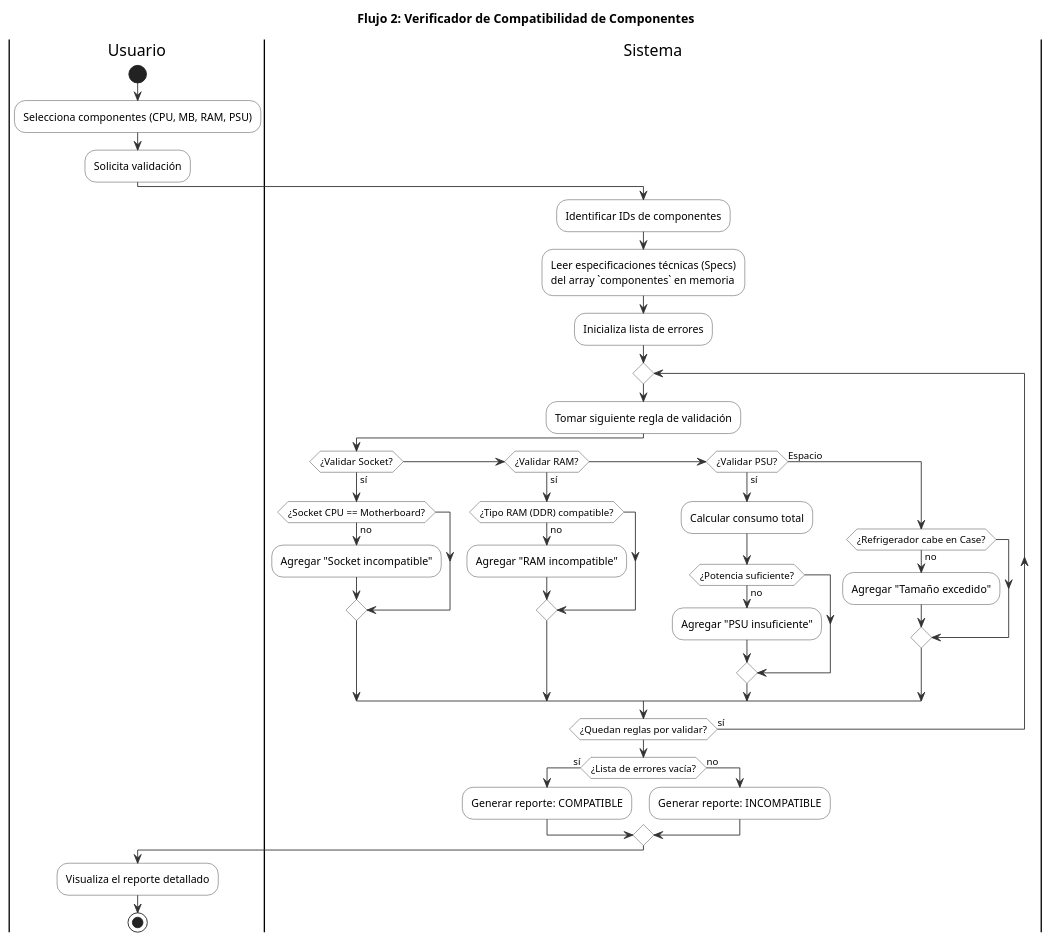
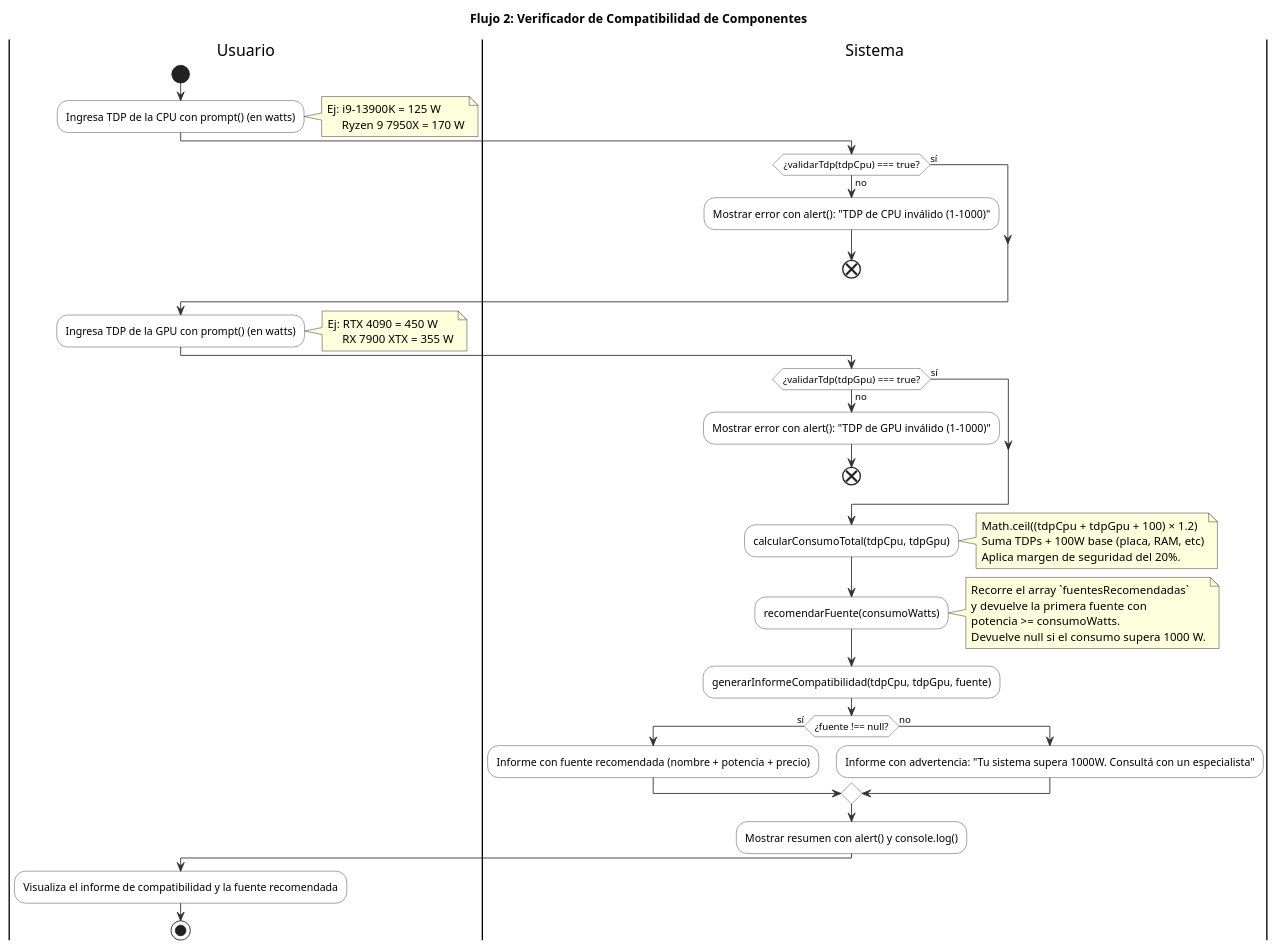
One commit to GonzaloBarbano/E-commerce changed the diagram in docs/05-diagramas/01-diagrama-de-actividades/actividad-flujo-2-compatibilidad.puml. Above: the diagram before and after it, drawn with PlantUML. The commit also changed 2 other files, not shown here.

Commit message:
fix(coord-devops): RC23 - simplificar diagrama de compatibilidad

```diff
--- a/docs/05-diagramas/01-diagrama-de-actividades/actividad-flujo-2-compatibilidad.puml
+++ b/docs/05-diagramas/01-diagrama-de-actividades/actividad-flujo-2-compatibilidad.puml
@@ -1,49 +1,64 @@
 @startuml flujo-2-compatibilidad
 title Flujo 2: Verificador de Compatibilidad de Componentes
 skinparam ActivityBackgroundColor #FFFFFF
 skinparam ActivityBorderColor #333333
 skinparam ArrowColor #333333
 
 |Usuario|
 start
-:Selecciona componentes (CPU, MB, RAM, PSU);
-:Solicita validación;
+:Ingresa TDP de la CPU con prompt() (en watts);
+note right
+  Ej: i9-13900K = 125 W
+       Ryzen 9 7950X = 170 W
+end note
 
 |Sistema|
-:Identificar IDs de componentes;
-:Leer especificaciones técnicas (Specs)
-del array `componentes` en memoria;
-
-:Inicializa lista de errores;
-repeat
-  :Tomar siguiente regla de validación;
-  if (¿Validar Socket?) then (sí)
-    if (¿Socket CPU == Motherboard?) then (no)
-      :Agregar "Socket incompatible";
-    endif
-  elseif (¿Validar RAM?) then (sí)
-    if (¿Tipo RAM (DDR) compatible?) then (no)
-      :Agregar "RAM incompatible";
-    endif
-  elseif (¿Validar PSU?) then (sí)
-    :Calcular consumo total;
-    if (¿Potencia suficiente?) then (no)
-      :Agregar "PSU insuficiente";
-    endif
-  else (Espacio)
-    if (¿Refrigerador cabe en Case?) then (no)
-      :Agregar "Tamaño excedido";
-    endif
-  endif
-repeat while (¿Quedan reglas por validar?) is (sí)
-
-if (¿Lista de errores vacía?) then (sí)
-  :Generar reporte: COMPATIBLE;
+if (¿validarTdp(tdpCpu) === true?) then (sí)
 else (no)
-  :Generar reporte: INCOMPATIBLE;
+  :Mostrar error con alert(): "TDP de CPU inválido (1-1000)";
+  end
 endif
 
 |Usuario|
-:Visualiza el reporte detallado;
+:Ingresa TDP de la GPU con prompt() (en watts);
+note right
+  Ej: RTX 4090 = 450 W
+       RX 7900 XTX = 355 W
+end note
+
+|Sistema|
+if (¿validarTdp(tdpGpu) === true?) then (sí)
+else (no)
+  :Mostrar error con alert(): "TDP de GPU inválido (1-1000)";
+  end
+endif
+
+:calcularConsumoTotal(tdpCpu, tdpGpu);
+note right
+  Math.ceil((tdpCpu + tdpGpu + 100) × 1.2)
+  Suma TDPs + 100W base (placa, RAM, etc)
+  Aplica margen de seguridad del 20%.
+end note
+
+:recomendarFuente(consumoWatts);
+note right
+  Recorre el array `fuentesRecomendadas`
+  y devuelve la primera fuente con
+  potencia >= consumoWatts.
+  Devuelve null si el consumo supera 1000 W.
+end note
+
+:generarInformeCompatibilidad(tdpCpu, tdpGpu, fuente);
+
+if (¿fuente !== null?) then (sí)
+  :Informe con fuente recomendada (nombre + potencia + precio);
+else (no)
+  :Informe con advertencia: "Tu sistema supera 1000W. Consultá con un especialista";
+endif
+
+:Mostrar resumen con alert() y console.log();
+
+|Usuario|
+:Visualiza el informe de compatibilidad y la fuente recomendada;
 stop
 @enduml
```
